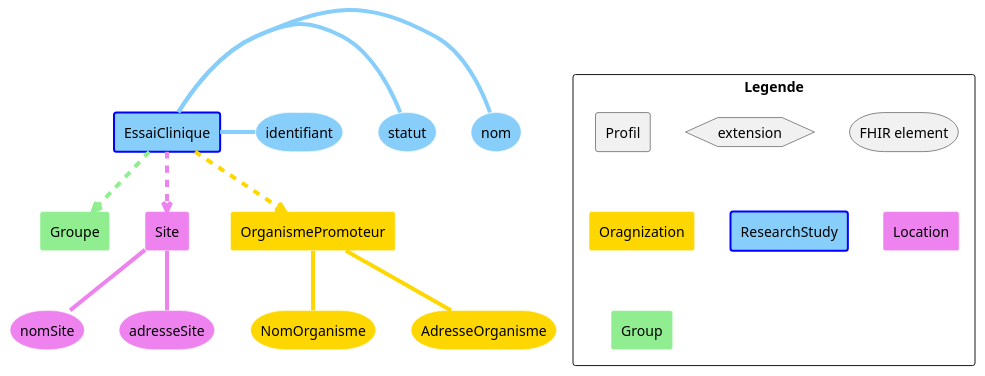
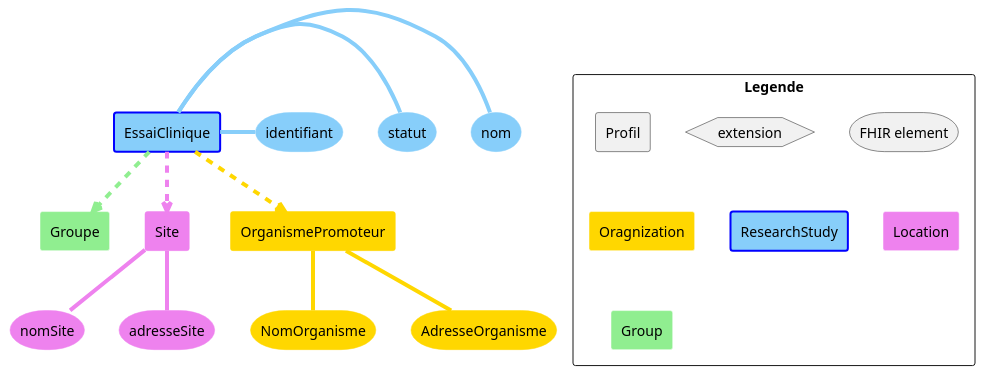
Before and after one commit to ansforge/essais-cliniques: the diagram in input/images-source/vueGlobale.plantuml, drawn with PlantUML. The commit also changed 4 other files, not shown here.

```diff
--- a/input/images-source/vueGlobale.plantuml
+++ b/input/images-source/vueGlobale.plantuml
@@ -1,48 +1,48 @@
 @startuml vueGlobale
 
 'Declaration des éléments
 rectangle EssaiClinique #LightSkyBlue;line:Blue;line.bold;text:Black
-    storage identifiant #LightSkyBlue;line:White;text:Black
-    storage nom #LightSkyBlue;line:White;text:Black
-    storage statut #LightSkyBlue;line:White;text:Black
+    storage identifiant #LightSkyBlue;line:LightSkyBlue;text:Black
+    storage nom #LightSkyBlue;line:LightSkyBlue;text:Black
+    storage statut #LightSkyBlue;line:LightSkyBlue;text:Black
 
 rectangle Groupe #LightGreen;line:white;text:Black
 
 
-rectangle Site #Violet;line:white;text:Black
-    storage nomSite #Violet;line:white;text:Black
-    storage adresseSite #Violet;line:white;text:Black
+rectangle Site #Violet;line:Violet;text:Black
+    storage nomSite #Violet;line:Violet;text:Black
+    storage adresseSite #Violet;line:Violet;text:Black
 
 
-rectangle OrganismePromoteur #Gold;line:white;text:Black
-    storage NomOrganisme #Gold;line:white;text:Black
-    storage AdresseOrganisme #Gold;line:white;text:Black
+rectangle OrganismePromoteur #Gold;line:Gold;text:Black
+    storage NomOrganisme #Gold;line:Gold;text:Black
+    storage AdresseOrganisme #Gold;line:Gold;text:Black
 
 'Liens entre éléments
 EssaiClinique -[#LightGreen,dashed,thickness=4]-> Groupe
 EssaiClinique -[#Violet,dashed,thickness=4]-> Site
 EssaiClinique -[#Gold,dashed,thickness=4]-> OrganismePromoteur
 
 EssaiClinique -[#LightSkyBlue,thickness=4] nom
 EssaiClinique -[#LightSkyBlue,thickness=4] statut
 EssaiClinique -[#LightSkyBlue,thickness=4] identifiant
 
 OrganismePromoteur -[#Gold,thickness=4]- NomOrganisme
 OrganismePromoteur -[#Gold,thickness=4]- AdresseOrganisme
 
 Site -[#Violet,thickness=4]- nomSite
 Site -[#Violet,thickness=4]- adresseSite
 
 'Legende
 rectangle Legende {
     rectangle Profil
     hexagon extension 
     storage "FHIR element"
 
     rectangle Oragnization #Gold;line:white;text:Black
     rectangle ResearchStudy #LightSkyBlue;line:Blue;line.bold;text:Black
     rectangle Location #Violet;line:white;text:Black
     rectangle Group #LightGreen;line:white;text:Black
 }
 
 @enduml
```
